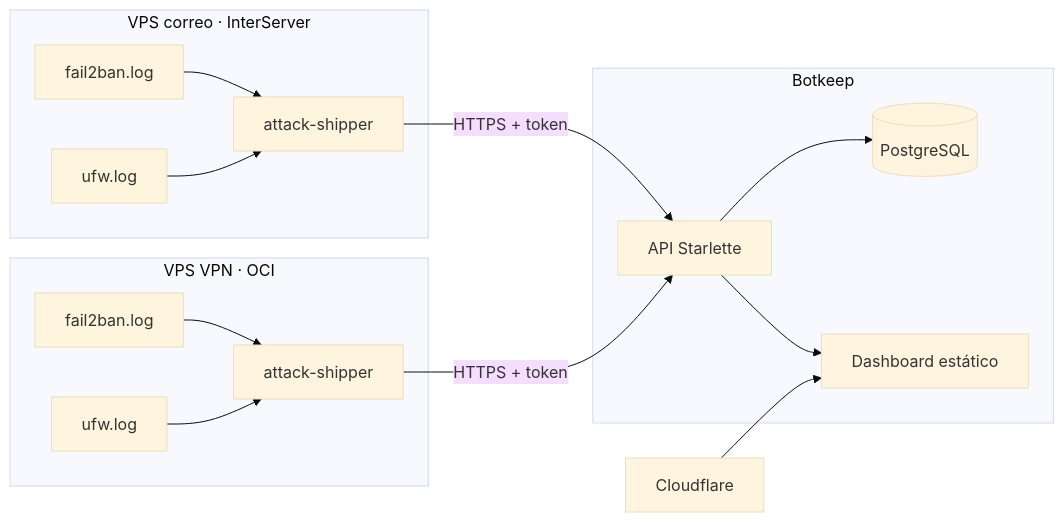
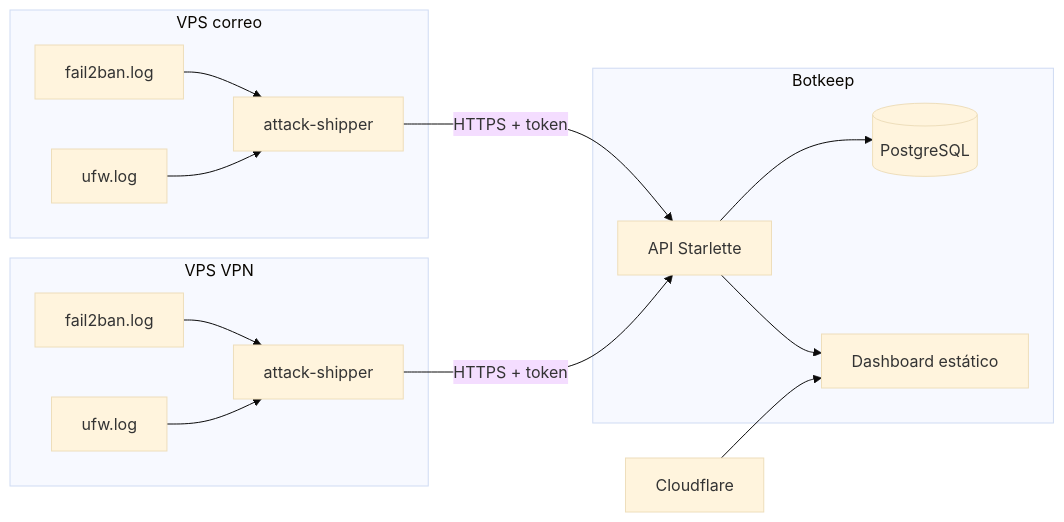
One commit to DavePineda/attack-dashboard changed the diagram in README.md. Above: the diagram before and after it, drawn with Mermaid (base theme). The commit also changed other lines of this file and 5 other files, not shown here.

````diff
--- a/README.md
+++ b/README.md
@@ -12,18 +12,18 @@
 ```mermaid
 flowchart LR
-  subgraph VPS1[VPS correo · InterServer]
+  subgraph VPS1[VPS correo]
     F1[fail2ban.log] --> A1[attack-shipper]
     U1[ufw.log] --> A1
   end
-  subgraph VPS2[VPS VPN · OCI]
+  subgraph VPS2[VPS VPN]
     F2[fail2ban.log] --> A2[attack-shipper]
     U2[ufw.log] --> A2
   end
   A1 -- HTTPS + token --> API
   A2 -- HTTPS + token --> API
   subgraph Botkeep
     API[API Starlette] --> DB[(PostgreSQL)]
     API --> WEB[Dashboard estático]
   end
   CF[Cloudflare] --> WEB
 ```
````
